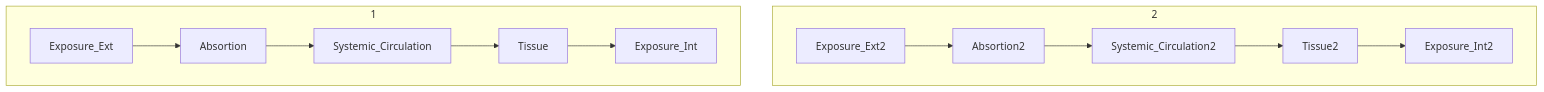
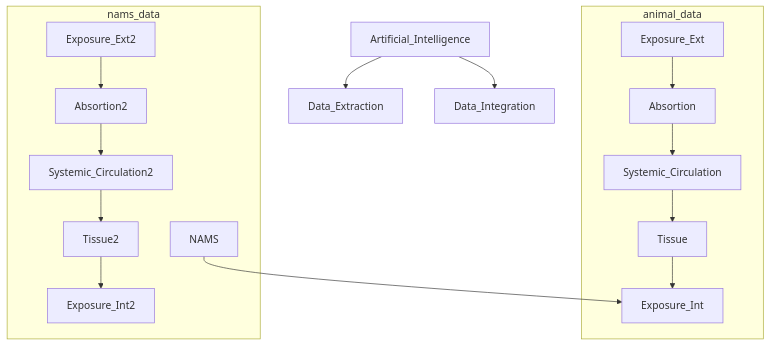
Before and after one commit to ontox-hu/workflows: the diagram in ProbRA.md, drawn with Mermaid.

````diff
--- a/ProbRA.md
+++ b/ProbRA.md
@@ -2,22 +2,26 @@
 ```mermaid
 flowchart TD
 
-  subgraph 1
+  Artificial_Intelligence-->Data_Extraction
+  Artificial_Intelligence-->Data_Integration
 
+  subgraph animal_data
+  
   Exposure_Ext-->Absortion
   Absortion-->Systemic_Circulation
   Systemic_Circulation-->Tissue
   Tissue-->Exposure_Int
   
   end
 
-  subgraph 2
-
+  subgraph nams_data
+  
+  NAMS-->Exposure_Int
   Exposure_Ext2-->Absortion2
   Absortion2-->Systemic_Circulation2
   Systemic_Circulation2-->Tissue2
   Tissue2-->Exposure_Int2
   
   end
   
 ```
````
